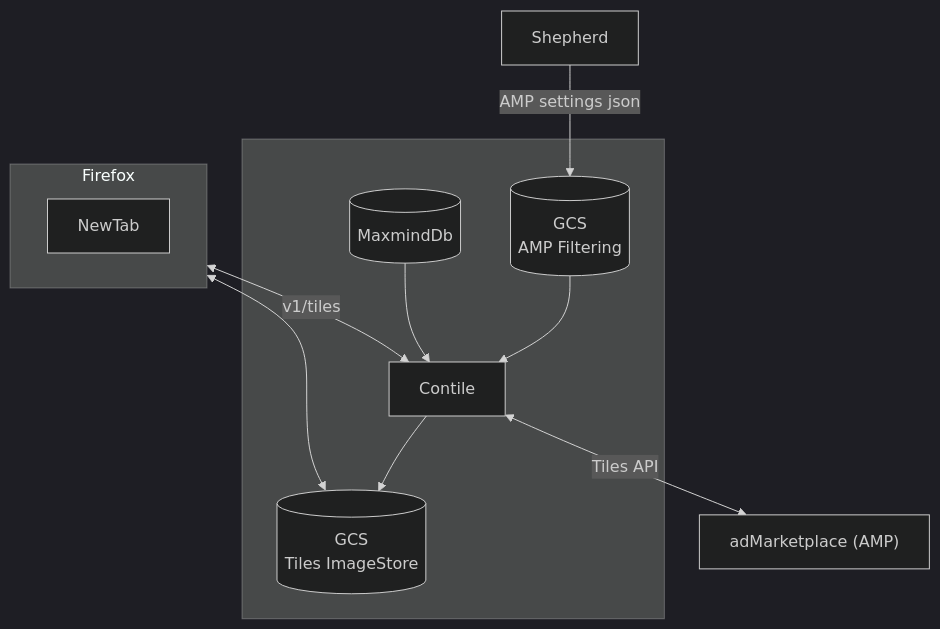
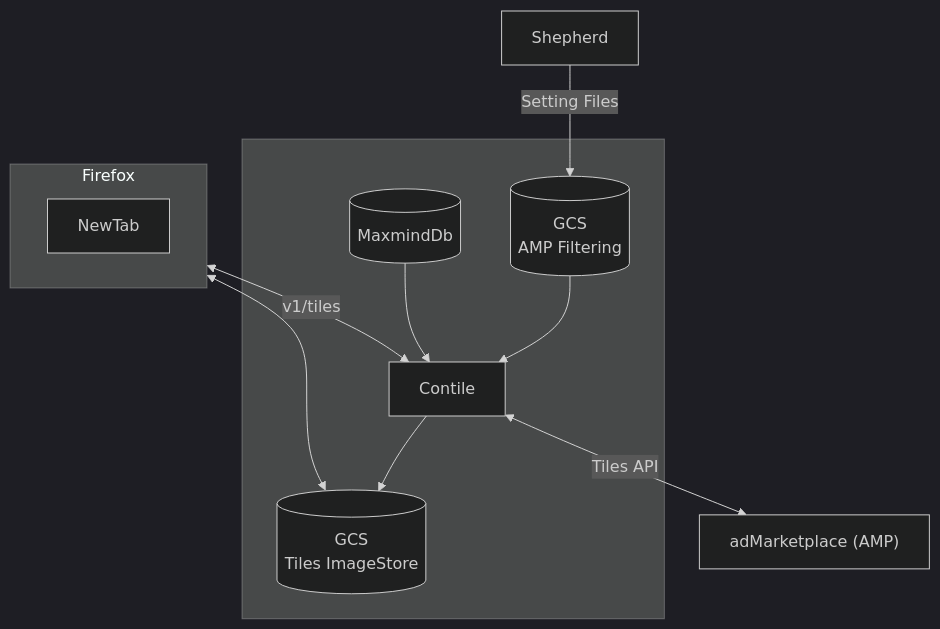
The diagram in docs/intro.md (mozilla-services/contile), drawn with Mermaid before and after one commit.

````diff
--- a/docs/intro.md
+++ b/docs/intro.md
@@ -15,24 +15,24 @@
 ```mermaid
 %%{init: {'theme':'dark'}}%%
 flowchart TD
     Firefox <-->|v1/tiles| Contile
     Firefox <--> ImageStore[(GCS <br/> Tiles ImageStore)]
     Contile --> ImageStore
     Filtering[(GCS <br/> AMP Filtering)] --> Contile
     Contile <-->|Tiles API| AMP["adMarketplace (AMP)" ]
-    Shepherd -->|AMP settings json| Filtering
+    Shepherd -->|Setting Files| Filtering
     MaxmindDb[(MaxmindDb)] --> Contile
 subgraph ContileDependencies[ ]
     Contile
     ImageStore
     MaxmindDb
     Filtering
 
 end
 
 subgraph Firefox
    NewTab
 end
 
 
 ```
````
